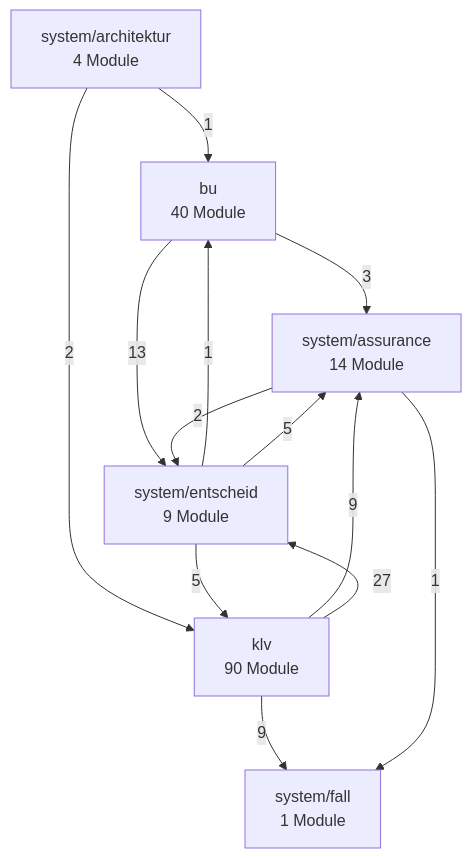
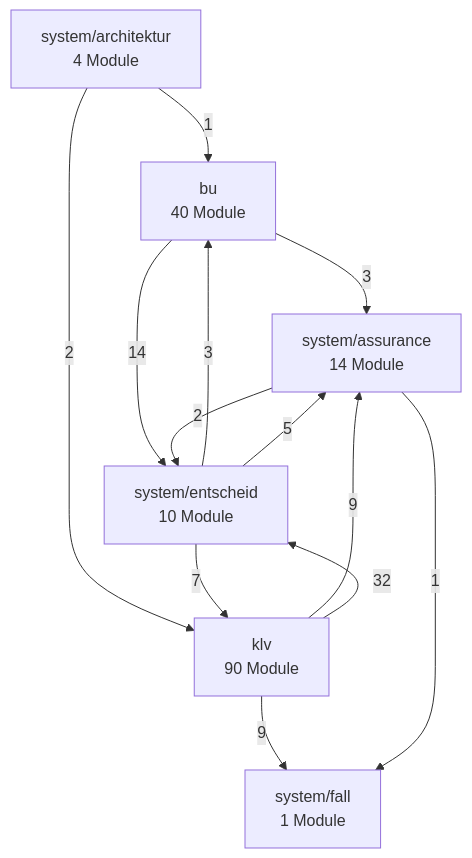
Before and after one commit to bartlmac/rechner-pipeline: the second of 3 diagrams in docs/architektur/landkarte.md, drawn with Mermaid. The commit also changed other lines of this file and 47 other files, not shown here.

````diff
--- a/docs/architektur/landkarte.md
+++ b/docs/architektur/landkarte.md
@@ -78,22 +78,22 @@
 ```mermaid
 %% Fachknoten — erzeugt von ontologie.landkarte
 flowchart TD
     bu["bu<br/>40 Module"]
     klv["klv<br/>90 Module"]
     system_architektur["system/architektur<br/>4 Module"]
     system_assurance["system/assurance<br/>14 Module"]
-    system_entscheid["system/entscheid<br/>9 Module"]
+    system_entscheid["system/entscheid<br/>10 Module"]
     system_fall["system/fall<br/>1 Module"]
     bu -- 3 --> system_assurance
-    bu -- 13 --> system_entscheid
+    bu -- 14 --> system_entscheid
     klv -- 9 --> system_assurance
-    klv -- 27 --> system_entscheid
+    klv -- 32 --> system_entscheid
     klv -- 9 --> system_fall
     system_architektur -- 1 --> bu
     system_architektur -- 2 --> klv
     system_assurance -- 2 --> system_entscheid
     system_assurance -- 1 --> system_fall
-    system_entscheid -- 1 --> bu
-    system_entscheid -- 5 --> klv
+    system_entscheid -- 3 --> bu
+    system_entscheid -- 7 --> klv
     system_entscheid -- 5 --> system_assurance
 ```
````
